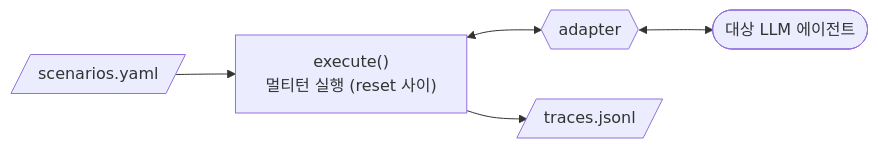
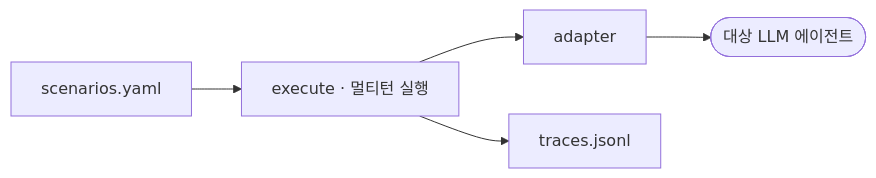
The fifth of 7 diagrams in DIAGRAMS.md (thejysplay/SPECTRA-BlackBox), drawn with Mermaid before and after one commit. The commit also changed other lines of this file, not shown here.

First line of the commit message:
다이어그램 Mermaid 표준 문법으로 수정 (GitHub 렌더링 호환)

````diff
--- a/DIAGRAMS.md
+++ b/DIAGRAMS.md
@@ -94,7 +93,7 @@
 ```mermaid
 flowchart LR
-    sc[/"scenarios.yaml"/] --> ex["execute()<br/>멀티턴 실행 (reset 사이)"]
-    ex <--> adapter{{"adapter"}}
-    adapter <--> target(["대상 LLM 에이전트"])
-    ex --> tr[/"traces.jsonl"/]
+    sc["scenarios.yaml"] --> ex["execute · 멀티턴 실행"]
+    ex --> adapter["adapter"]
+    adapter --> target(["대상 LLM 에이전트"])
+    ex --> tr["traces.jsonl"]
 ```
````
